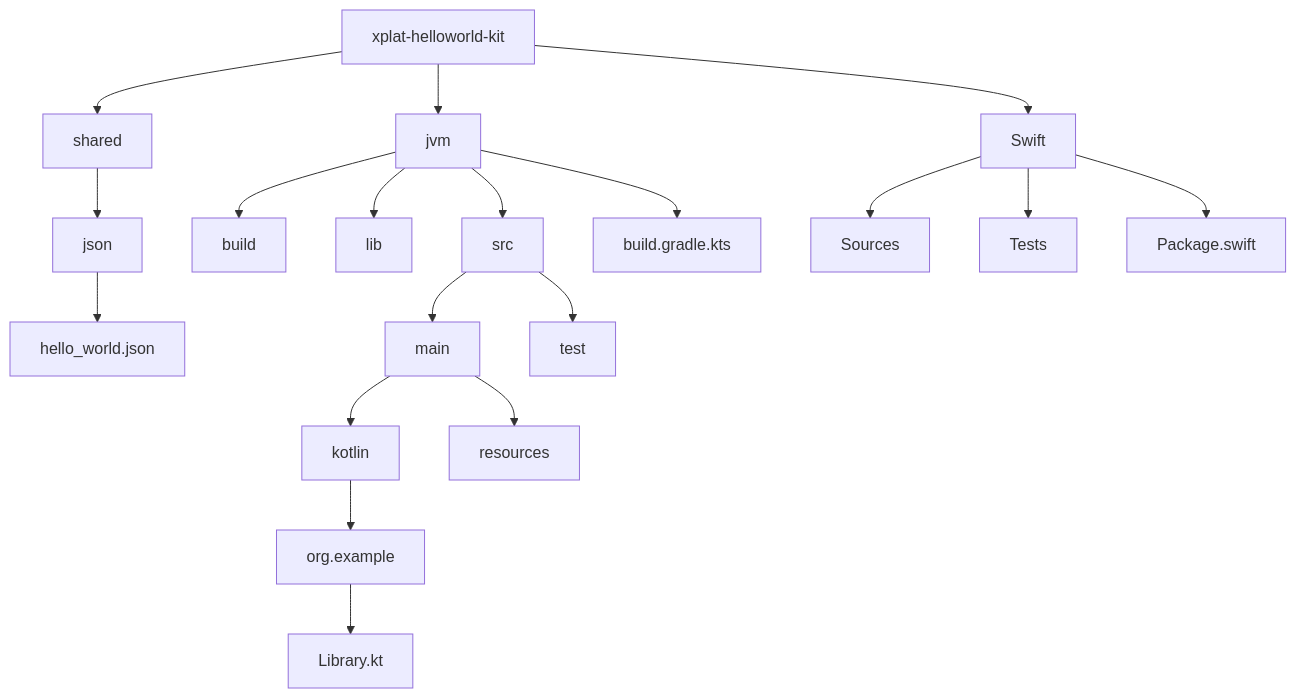
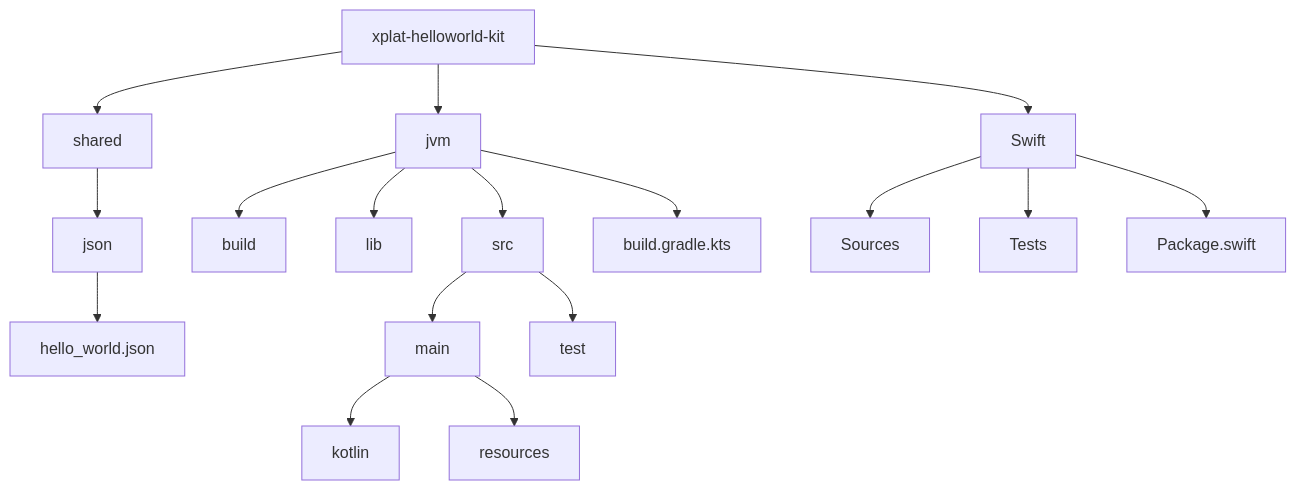
The diagram in README.md (baksha97/xplat-helloworld-kit), drawn with Mermaid before and after one commit.

Commit message:
README.md

````diff
--- a/README.md
+++ b/README.md
@@ -22,27 +22,25 @@
 ```mermaid
 graph TD;
     root[xplat-helloworld-kit]
     root --> jvm[jvm]
     root --> shared[shared]
     root --> swift[Swift]
     
     shared --> json[json]
     json --> hello_world[hello_world.json]
     
     jvm --> build_jvm[build]
     jvm --> lib_jvm[lib]
     jvm --> src_jvm[src]
     jvm --> build_kts[build.gradle.kts]
 
     src_jvm --> main_jvm[main]
     src_jvm --> test_jvm[test]
     
     main_jvm --> kotlin_main[kotlin]
-    kotlin_main --> org_example[org.example]
-    org_example --> library[Library.kt]
     main_jvm --> resources[resources]
     
     swift --> sources[Sources]
     swift --> tests[Tests]
     swift --> package[Package.swift]
 ```
````
